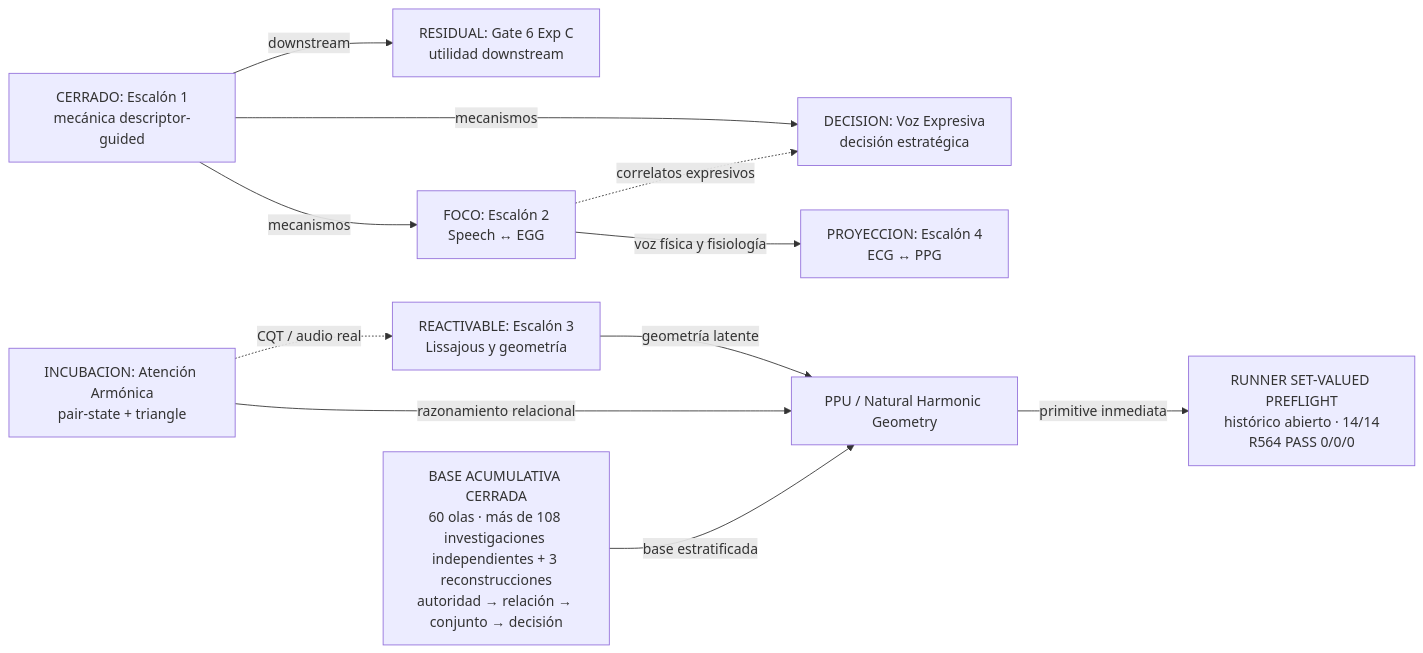
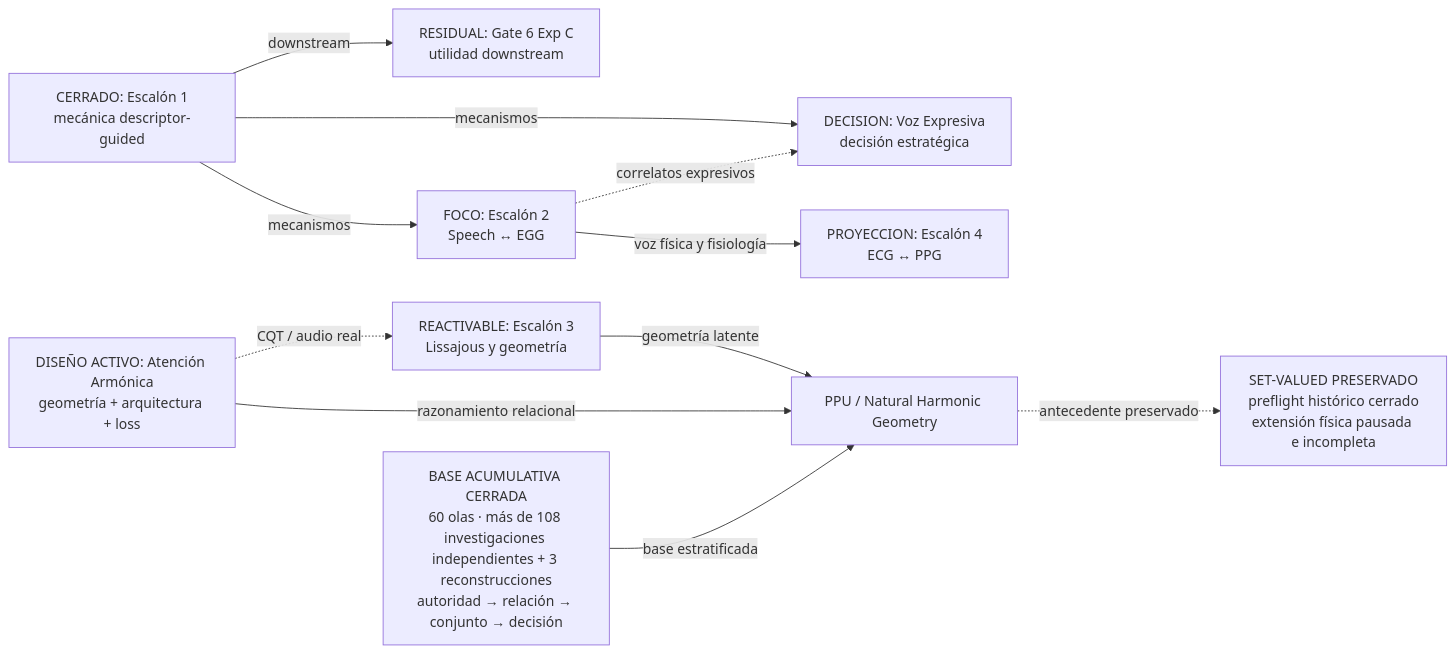
The first of 2 diagrams in Documents/05_WIKI/MAPA_VISUAL_DEL_PROGRAMA.md (Mar-IA-no/Phideus), drawn with Mermaid before and after one commit. The commit also changed other lines of this file and 19 other files, not shown here.

Commit message:
Rebase architectural research on computable harmonic geometry

````diff
--- a/Documents/05_WIKI/MAPA_VISUAL_DEL_PROGRAMA.md
+++ b/Documents/05_WIKI/MAPA_VISUAL_DEL_PROGRAMA.md
@@ -75,24 +83,24 @@
 ```mermaid
 flowchart LR
     E1["CERRADO: Escalón 1<br/>mecánica descriptor-guided"]
     G6["RESIDUAL: Gate 6 Exp C<br/>utilidad downstream"]
     E2["FOCO: Escalón 2<br/>Speech ↔ EGG"]
     VE["DECISION: Voz Expresiva<br/>decisión estratégica"]
     E3["REACTIVABLE: Escalón 3<br/>Lissajous y geometría"]
-    AA["INCUBACION: Atención Armónica<br/>pair-state + triangle"]
+    AA["DISEÑO ACTIVO: Atención Armónica<br/>geometría + arquitectura + loss"]
     E4["PROYECCION: Escalón 4<br/>ECG ↔ PPG"]
     PPU["PPU / Natural Harmonic Geometry"]
     GT["BASE ACUMULATIVA CERRADA<br/>60 olas · más de 108 investigaciones independientes + 3 reconstrucciones<br/>autoridad → relación → conjunto → decisión"]
-    NCP["RUNNER SET-VALUED PREFLIGHT<br/>histórico abierto · 14/14<br/>R564 PASS 0/0/0"]
+    NCP["SET-VALUED PRESERVADO<br/>preflight histórico cerrado<br/>extensión física pausada e incompleta"]
 
     E1 -->|mecanismos| E2
     E1 -->|mecanismos| VE
     E1 -->|downstream| G6
     E2 -->|voz física y fisiología| E4
     E2 -.->|correlatos expresivos| VE
     E3 -->|geometría latente| PPU
     AA -->|razonamiento relacional| PPU
     GT -->|base estratificada| PPU
-    PPU -->|primitive inmediata| NCP
+    PPU -.->|antecedente preservado| NCP
     AA -.->|CQT / audio real| E3
 ```
````
